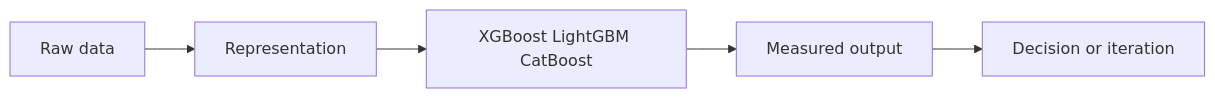
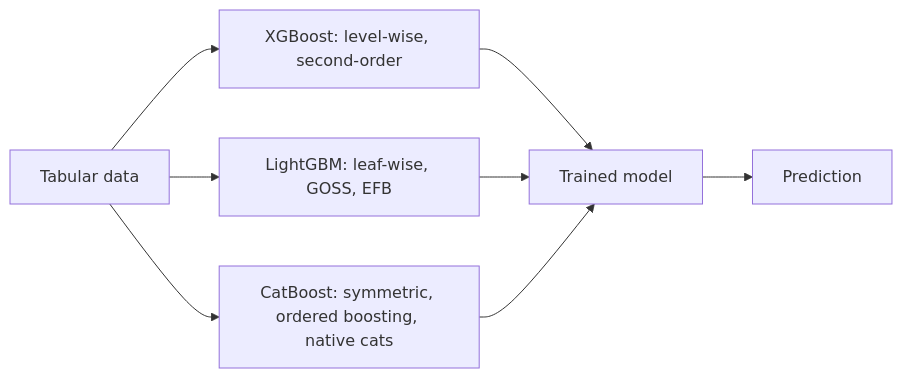
Before and after one commit to Icon1cc/Machine-Learning: the diagram in classical-ml/08-xgboost-lightgbm-catboost.md, drawn with Mermaid. The commit also changed other lines of this file and 264 other files, not shown here.

````diff
--- a/classical-ml/08-xgboost-lightgbm-catboost.md
+++ b/classical-ml/08-xgboost-lightgbm-catboost.md
@@ -92,7 +182,10 @@
 ```mermaid
 flowchart LR
-    A[Raw data] --> B[Representation]
-    B --> C[XGBoost LightGBM CatBoost]
-    C --> D[Measured output]
-    D --> E[Decision or iteration]
+    D[Tabular data] --> X[XGBoost: level-wise, second-order]
+    D --> L[LightGBM: leaf-wise, GOSS, EFB]
+    D --> C[CatBoost: symmetric, ordered boosting, native cats]
+    X --> M[Trained model]
+    L --> M
+    C --> M
+    M --> P[Prediction]
 ```
````
